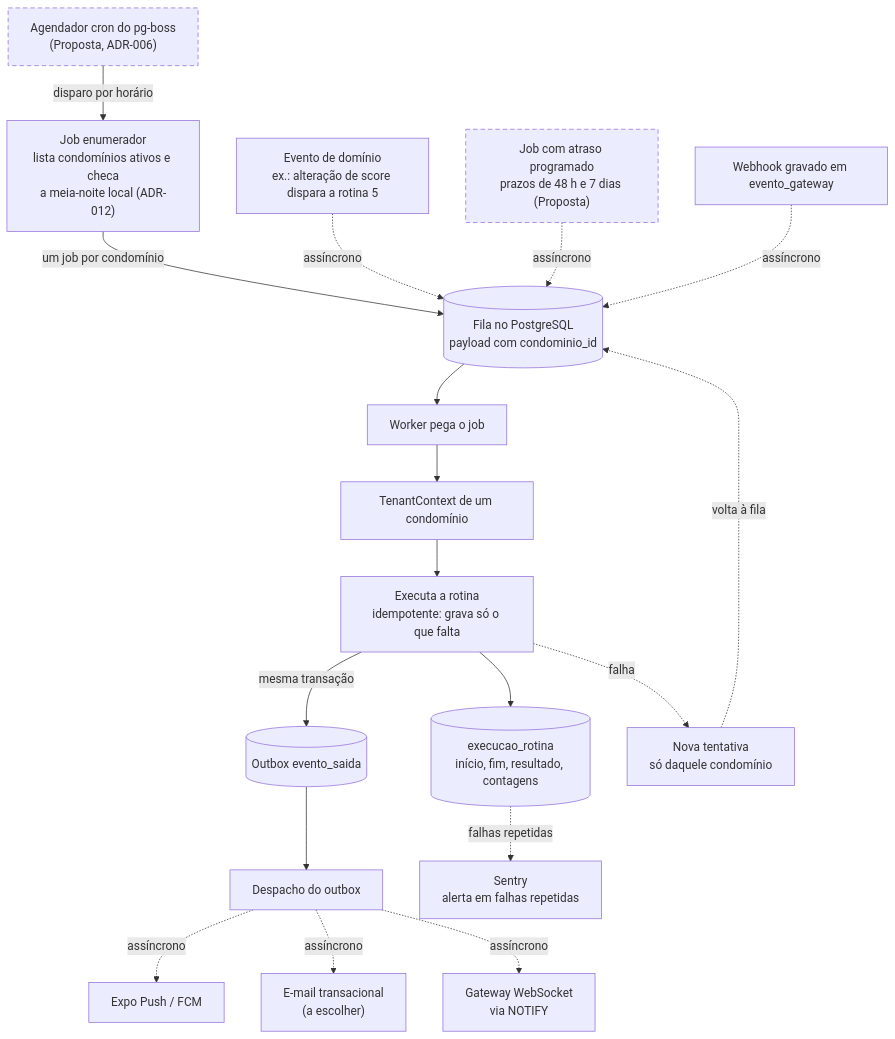
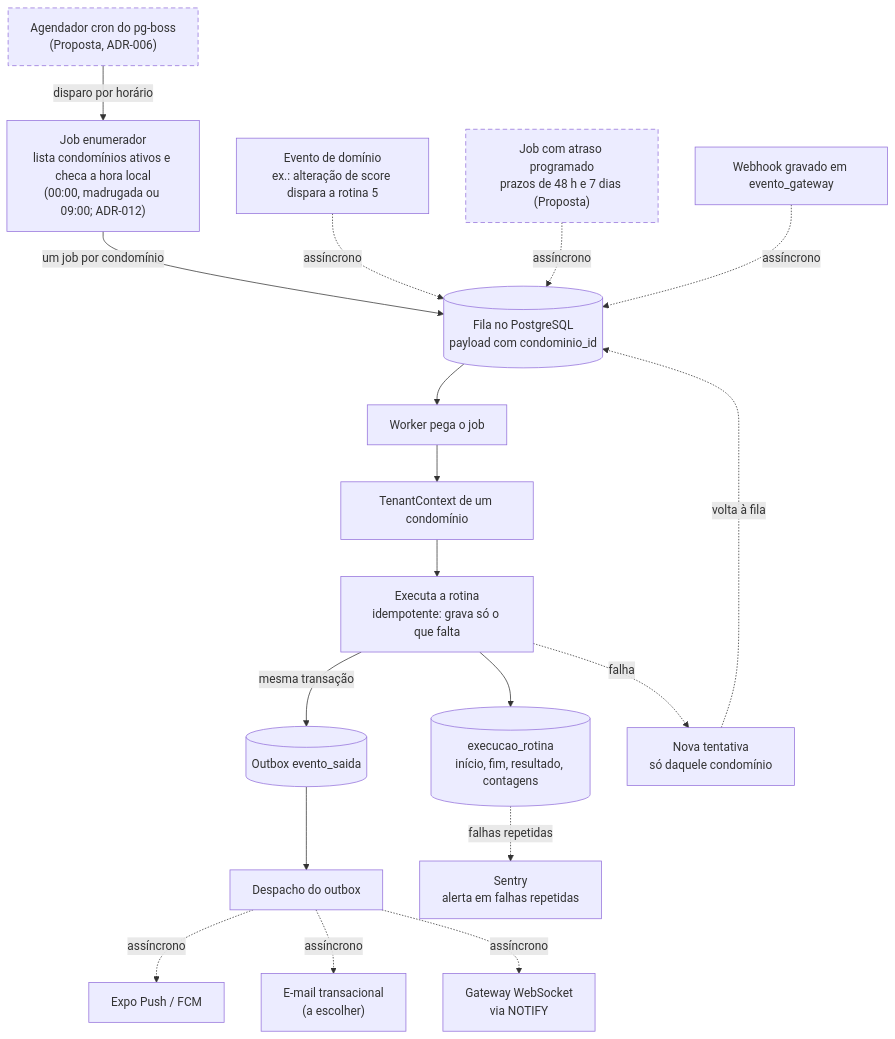
One commit to pedrolems/CondomiFacil changed diagram 12 of 12 in docs/03-arquitetura/02-diagramas-de-arquitetura.md. Above: the diagram before and after it, drawn with Mermaid. The commit also changed other lines of this file and 19 other files, not shown here.

````diff
--- a/docs/03-arquitetura/02-diagramas-de-arquitetura.md
+++ b/docs/03-arquitetura/02-diagramas-de-arquitetura.md
@@ -758,39 +758,39 @@
 ```mermaid
 flowchart TB
     CRON["Agendador cron do pg-boss<br/>(Proposta, ADR-006)"]
     EVENTO["Evento de domínio<br/>ex.: alteração de score dispara a rotina 5"]
     ATRASO["Job com atraso programado<br/>prazos de 48 h e 7 dias (Proposta)"]
     WEBHOOK["Webhook gravado em evento_gateway"]
-    ENUM["Job enumerador<br/>lista condomínios ativos e checa<br/>a meia-noite local (ADR-012)"]
+    ENUM["Job enumerador<br/>lista condomínios ativos e checa a hora local<br/>(00:00, madrugada ou 09:00; ADR-012)"]
     FILA[("Fila no PostgreSQL<br/>payload com condominio_id")]
     PEGA["Worker pega o job"]
     TCTX["TenantContext de um condomínio"]
     EXEC["Executa a rotina<br/>idempotente: grava só o que falta"]
     REG[("execucao_rotina<br/>início, fim, resultado, contagens")]
     OUT[("Outbox evento_saida")]
     DESP["Despacho do outbox"]
     PUSH["Expo Push / FCM"]
     MAIL["E-mail transacional<br/>(a escolher)"]
     WS["Gateway WebSocket<br/>via NOTIFY"]
     REPETE["Nova tentativa<br/>só daquele condomínio"]
     SENTRY["Sentry<br/>alerta em falhas repetidas"]
 
     CRON -->|"disparo por horário"| ENUM
     ENUM -->|"um job por condomínio"| FILA
     EVENTO -.->|"assíncrono"| FILA
     ATRASO -.->|"assíncrono"| FILA
     WEBHOOK -.->|"assíncrono"| FILA
     FILA --> PEGA --> TCTX --> EXEC
     EXEC --> REG
     EXEC -->|"mesma transação"| OUT
     OUT --> DESP
     DESP -.->|"assíncrono"| PUSH
     DESP -.->|"assíncrono"| MAIL
     DESP -.->|"assíncrono"| WS
     EXEC -.->|"falha"| REPETE
     REPETE -.->|"volta à fila"| FILA
     REG -.->|"falhas repetidas"| SENTRY
 
     classDef proposta stroke-dasharray: 6 4
     class CRON,ATRASO proposta
 ```
````
